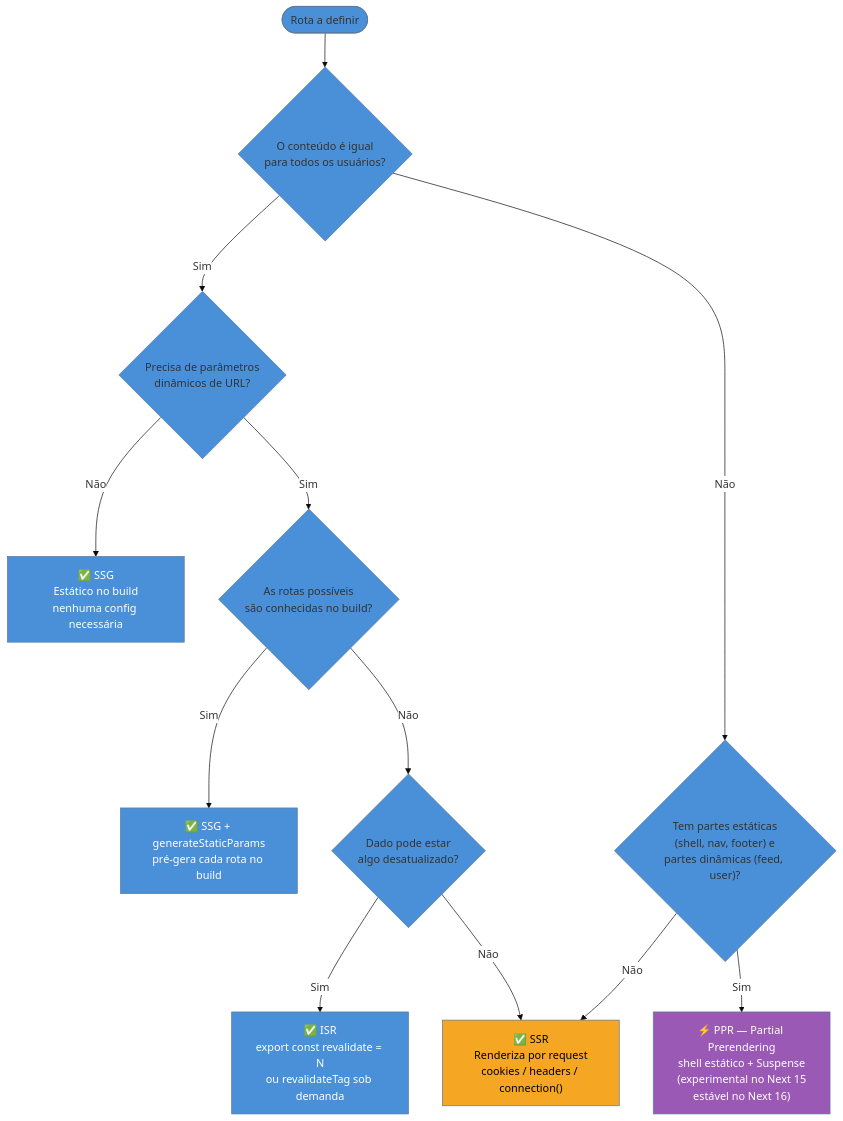
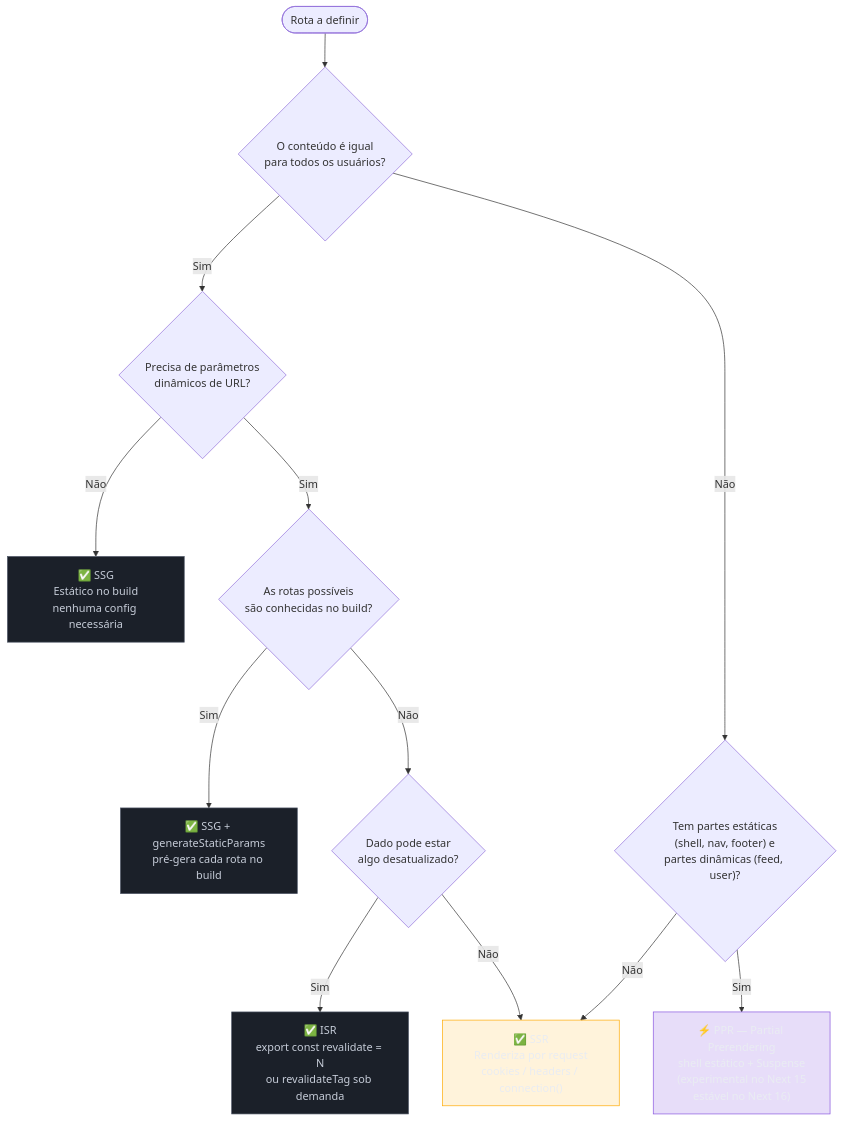
Before and after one commit to josenaldo/codex-technomanticus: the second of 4 diagrams in 03-Dominios/Tecnologia/React/Next.js/16 - Capstone - arquitetura, decisões e entrevista.md, drawn with Mermaid. The commit also changed other lines of this file and 1181 other files, not shown here.

First line of the commit message:
fix(diagramas): paleta do sistema no lugar de cor cravada no markdown

````diff
--- a/03-Dominios/Tecnologia/React/Next.js/16 - Capstone - arquitetura, decisões e entrevista.md
+++ b/03-Dominios/Tecnologia/React/Next.js/16 - Capstone - arquitetura, decisões e entrevista.md
@@ -70,21 +71,23 @@
 ```mermaid
-%%{init: {"theme": "base", "themeVariables": {"primaryColor": "#4A90D9", "edgeLabelBackground": "#ffffff"}}}%%
 flowchart TD
+    classDef neutro fill:#1B2029,stroke:#4E5666,color:#C6CCD8
+    classDef destaque fill:#FFAA0024,stroke:#FFAA00,color:#E9ECF2
+    classDef marca fill:#8855DF33,stroke:#8855DF,color:#E9ECF2
     Start([Rota a definir]) --> Q1{O conteúdo é igual\npara todos os usuários?}
     Q1 -- Sim --> Q2{Precisa de parâmetros\ndinâmicos de URL?}
     Q2 -- Não --> SSG["✅ SSG\nEstático no build\nnenhuma config necessária"]
     Q2 -- Sim --> Q3{As rotas possíveis\nsão conhecidas no build?}
     Q3 -- Sim --> ISG["✅ SSG + generateStaticParams\npré-gera cada rota no build"]
     Q3 -- Não --> Q4{Dado pode estar\nalgo desatualizado?}
     Q4 -- Sim --> ISR["✅ ISR\nexport const revalidate = N\nou revalidateTag sob demanda"]
     Q4 -- Não --> SSR["✅ SSR\nRenderiza por request\ncookies / headers / connection()"]
     Q1 -- Não --> Q5{"Tem partes estáticas\n(shell, nav, footer) e\npartes dinâmicas (feed, user)?"}
     Q5 -- Sim --> PPR["⚡ PPR — Partial Prerendering\nshell estático + Suspense\n(experimental no Next 15\nestável no Next 16)"]
     Q5 -- Não --> SSR
 
-    style SSG fill:#4A90D9,color:#fff
-    style ISG fill:#4A90D9,color:#fff
-    style ISR fill:#4A90D9,color:#fff
-    style SSR fill:#F5A623,color:#000
-    style PPR fill:#9B59B6,color:#fff
+    class SSG neutro
+    class ISG neutro
+    class ISR neutro
+    class SSR destaque
+    class PPR marca
 ```
````
